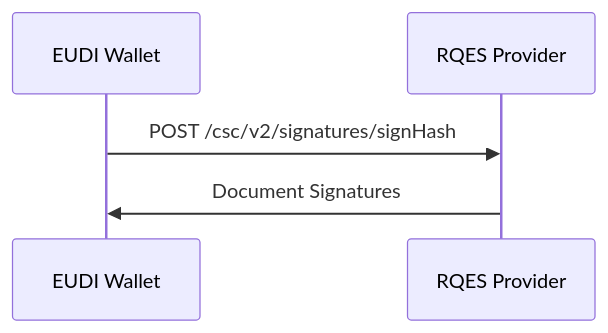
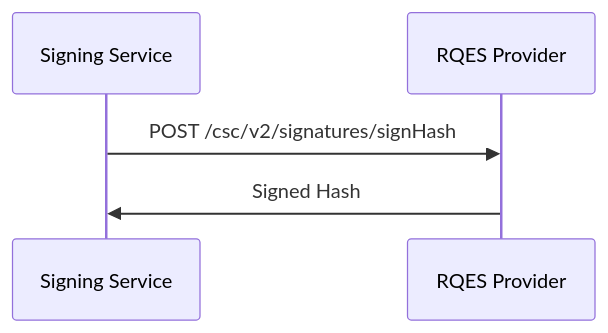
Before and after one commit to EWC-consortium/eudi-wallet-rfcs: the fifth of 5 diagrams in ewc-rfc010-long-term-certifice-qes-creation.md, drawn with Mermaid. The commit also changed other lines of this file, not shown here.

````diff
--- a/ewc-rfc010-long-term-certifice-qes-creation.md
+++ b/ewc-rfc010-long-term-certifice-qes-creation.md
@@ -497,8 +315,8 @@
 ```mermaid
 %% Signature Metadata Endpoint
   sequenceDiagram
-    participant EUDI Wallet
+    participant Signing Service
     participant RQES Provider
-    EUDI Wallet->>RQES Provider: POST /csc/v2/signatures/signHash
-    RQES Provider->>EUDI Wallet: Document Signatures
+    Signing Service->>RQES Provider: POST /csc/v2/signatures/signHash
+    RQES Provider->>Signing Service: Signed Hash
 ```
````
